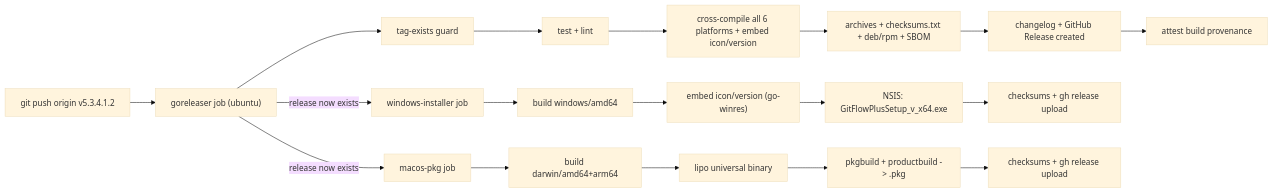
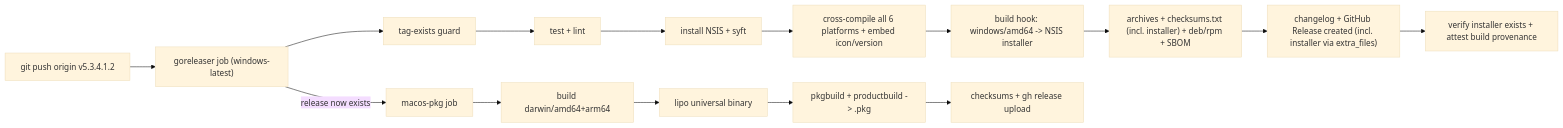
Before and after one commit to tabnaeem/git-flow-plus: the diagram in ReleaseProcess.md, drawn with Mermaid (base theme). The commit also changed other lines of this file and 4 other files, not shown here.

Commit message:
GoRelease Windows Installer Update Packages with installer workflow

````diff
--- a/ReleaseProcess.md
+++ b/ReleaseProcess.md
@@ -51,20 +52,17 @@
 ```mermaid
 graph LR
-    TAG["git push origin v5.3.4.1.2"] --> GR["goreleaser job (ubuntu)"]
-    GR -->|"release now exists"| WIN["windows-installer job"]
+    TAG["git push origin v5.3.4.1.2"] --> GR["goreleaser job (windows-latest)"]
     GR -->|"release now exists"| MAC["macos-pkg job"]
     GR --> R0["tag-exists guard"]
     R0 --> R1["test + lint"]
-    R1 --> R2["cross-compile all 6 platforms + embed icon/version"]
-    R2 --> R3["archives + checksums.txt + deb/rpm + SBOM"]
-    R3 --> R4["changelog + GitHub Release created"]
-    R4 --> R5["attest build provenance"]
-    WIN --> W1["build windows/amd64"]
-    W1 --> W2["embed icon/version (go-winres)"]
-    W2 --> W3["NSIS: GitFlowPlusSetup_v_x64.exe"]
-    W3 --> W4["checksums + gh release upload"]
+    R1 --> R2["install NSIS + syft"]
+    R2 --> R3["cross-compile all 6 platforms + embed icon/version"]
+    R3 --> R4["build hook: windows/amd64 -> NSIS installer"]
+    R4 --> R5["archives + checksums.txt (incl. installer) + deb/rpm + SBOM"]
+    R5 --> R6["changelog + GitHub Release created (incl. installer via extra_files)"]
+    R6 --> R7["verify installer exists + attest build provenance"]
     MAC --> M1["build darwin/amd64+arm64"]
     M1 --> M2["lipo universal binary"]
     M2 --> M3["pkgbuild + productbuild -> .pkg"]
     M3 --> M4["checksums + gh release upload"]
 ```
````
